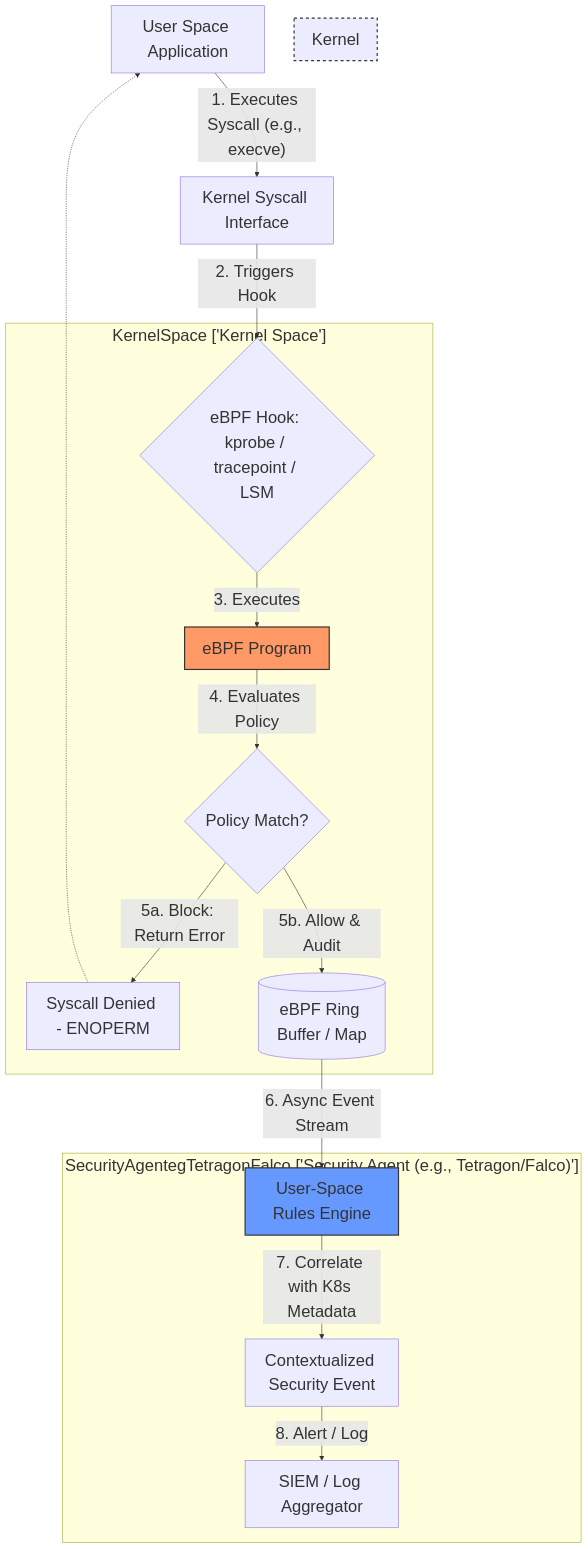
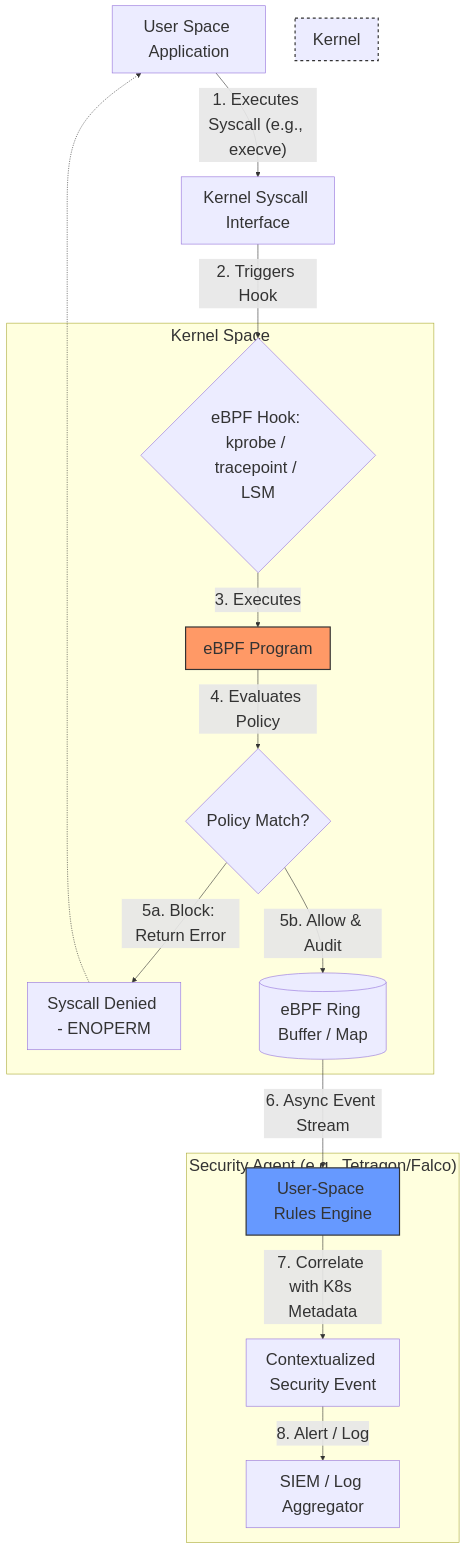
The diagram in skills/cybersecurity/ebpf-threat-detection/SKILL.md (j4flmao/agent-skills), drawn with Mermaid before and after one commit. The commit also changed 38 other files, not shown here.

Commit message:
style(skills): Add padding to Mermaid subgraphs to prevent label overlap with nodes

````diff
--- a/skills/cybersecurity/ebpf-threat-detection/SKILL.md
+++ b/skills/cybersecurity/ebpf-threat-detection/SKILL.md
@@ -44,25 +44,25 @@
 ```mermaid
 %%{init: {"theme": "default", "themeVariables": {"fontSize": "28px"}, "flowchart": {"useMaxWidth": false}}}%%
 flowchart TD
     UserSpace[User Space Application] -->|"1. Executes Syscall (e.g., execve)"| KernelSyscall[Kernel Syscall Interface]
     KernelSyscall -->|2. Triggers Hook| eBPFHook{eBPF Hook: kprobe / tracepoint / LSM}
     
-    subgraph KernelSpaceKernelSpace ["KernelSpace ['Kernel Space']"]
+    subgraph KernelSpaceKernelSpace ["Kernel Space<br/>"]
         eBPFHook -->|3. Executes| eBPFProg[eBPF Program]
         eBPFProg -->|4. Evaluates Policy| PolicyEval{Policy Match?}
         PolicyEval -->|5a. Block: Return Error| LSMEnforce[Syscall Denied - ENOPERM]
         PolicyEval -->|5b. Allow & Audit| eBPFMap[(eBPF Ring Buffer / Map)]
     end
     
     LSMEnforce -.-> UserSpace
     
-    subgraph SecurityAgentegTetragonFalcoSecurityAgentegTetragonFalco ["SecurityAgentegTetragonFalco ['Security Agent (e.g., Tetragon/Falco)']"]
+    subgraph SecurityAgentegTetragonFalcoSecurityAgentegTetragonFalco ["Security Agent (e.g., Tetragon/Falco)<br/>"]
         eBPFMap -->|6. Async Event Stream| AgentEngine[User-Space Rules Engine]
         AgentEngine -->|7. Correlate with K8s Metadata| ContextualEvent[Contextualized Security Event]
         ContextualEvent -->|8. Alert / Log| SIEM[SIEM / Log Aggregator]
     end
     
     style Kernel Space fill:#eee,stroke:#333,stroke-width:2px,stroke-dasharray: 5 5
     style eBPFProg fill:#f96,stroke:#333,stroke-width:2px
     style AgentEngine fill:#69f,stroke:#333,stroke-width:2px
 ```
````
